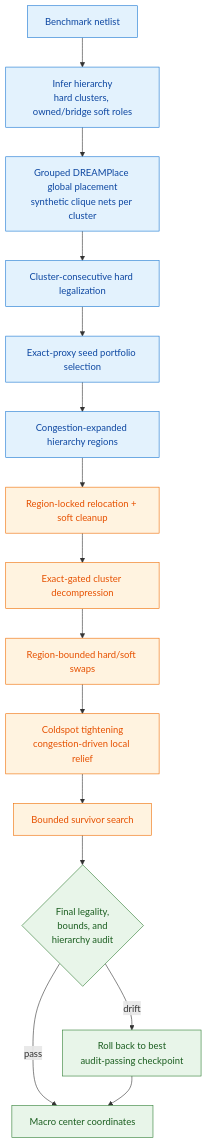
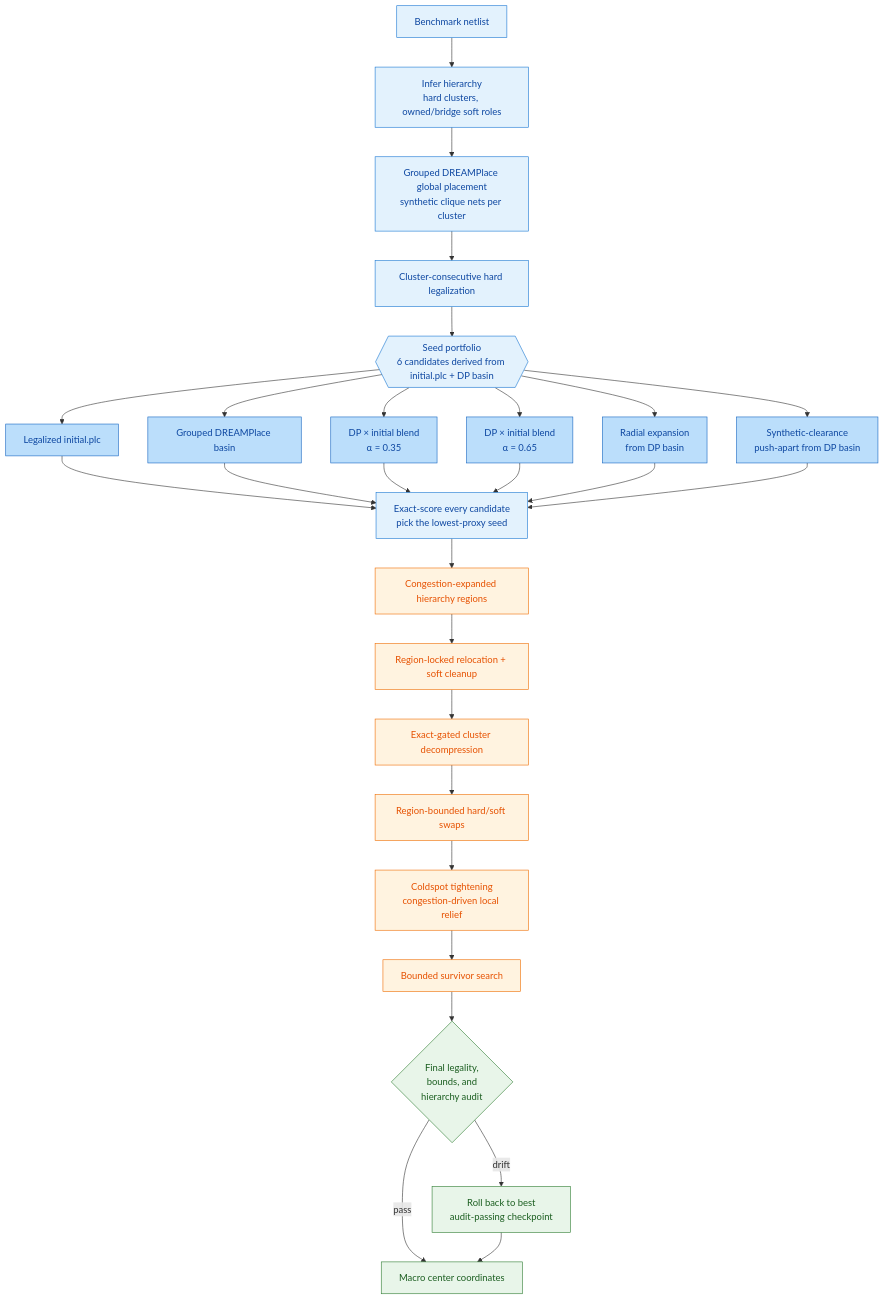
One commit to SameerSul/leetfm-macro-place-challenge-2026 changed the diagram in README.md. Above: the diagram before and after it, drawn with Mermaid. The commit also changed other lines of this file, not shown here.

Commit message:
docs: expand README flowchart to show the 6-candidate seed portfolio
Make explicit that grouped DREAMPlace is one of six seed candidates
(initial.plc, DP basin, two DP/initial blends, radial expansion,
synthetic-clearance push-apart) and that the lowest-proxy seed wins
before hierarchy relief runs. Mirrored in the linear pipeline text.

````diff
--- a/README.md
+++ b/README.md
@@ -74,24 +74,40 @@
 ```mermaid
 flowchart TD
     A[Benchmark netlist] --> B[Infer hierarchy<br/>hard clusters, owned/bridge soft roles]
     B --> C[Grouped DREAMPlace global placement<br/>synthetic clique nets per cluster]
     C --> D[Cluster-consecutive hard legalization]
-    D --> E[Exact-proxy seed portfolio selection]
+
+    D --> P{{Seed portfolio<br/>6 candidates derived from initial.plc + DP basin}}
+    P --> S0[Legalized initial.plc]
+    P --> S1[Grouped DREAMPlace basin]
+    P --> S2[DP × initial blend<br/>α = 0.35]
+    P --> S3[DP × initial blend<br/>α = 0.65]
+    P --> S4[Radial expansion<br/>from DP basin]
+    P --> S5[Synthetic-clearance<br/>push-apart from DP basin]
+    S0 --> E[Exact-score every candidate<br/>pick the lowest-proxy seed]
+    S1 --> E
+    S2 --> E
+    S3 --> E
+    S4 --> E
+    S5 --> E
+
     E --> F[Congestion-expanded hierarchy regions]
     F --> G[Region-locked relocation + soft cleanup]
     G --> H[Exact-gated cluster decompression]
     H --> I[Region-bounded hard/soft swaps]
     I --> J[Coldspot tightening<br/>congestion-driven local relief]
     J --> K[Bounded survivor search]
     K --> L{Final legality,<br/>bounds, and<br/>hierarchy audit}
     L -->|pass| M[Macro center coordinates]
     L -->|drift| N[Roll back to best<br/>audit-passing checkpoint]
     N --> M
 
     classDef seed fill:#e3f2fd,stroke:#1976d2,color:#0d47a1
+    classDef cand fill:#bbdefb,stroke:#1565c0,color:#0d47a1
     classDef search fill:#fff3e0,stroke:#ef6c00,color:#e65100
     classDef audit fill:#e8f5e9,stroke:#2e7d32,color:#1b5e20
-    class A,B,C,D,E,F seed
-    class G,H,I,J,K search
+    class A,B,C,D,P,E seed
+    class S0,S1,S2,S3,S4,S5 cand
+    class F,G,H,I,J,K search
     class L,M,N audit
 ```
````
